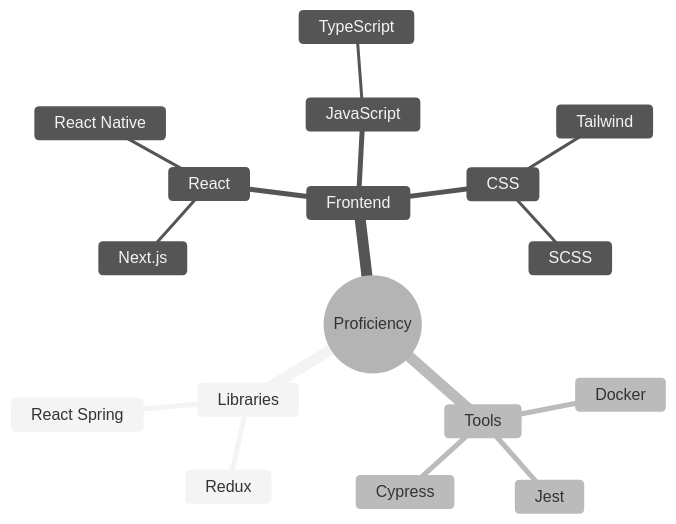
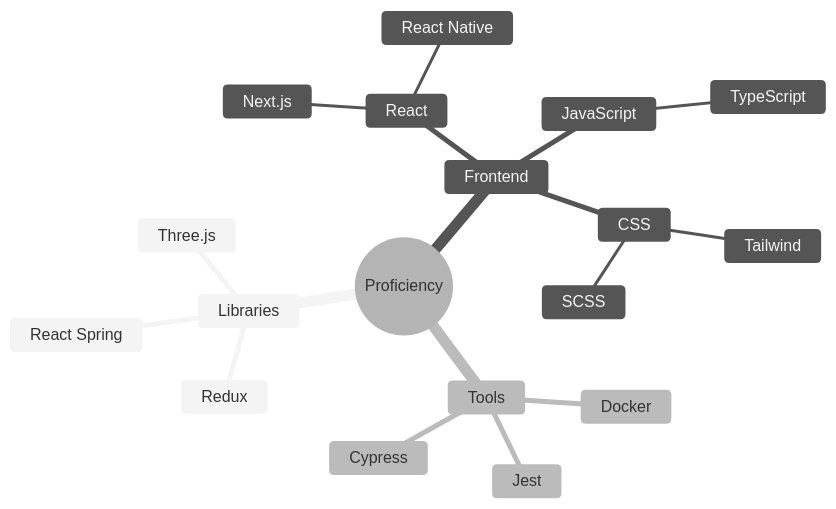
The diagram in README.md (geoffrey-tan/geoffrey-tan), drawn with Mermaid (neutral theme) before and after one commit.

````diff
--- a/README.md
+++ b/README.md
@@ -17,20 +17,21 @@
 ```mermaid
 mindmap
   root((Proficiency))
     Libraries
       Redux
       React Spring
+      Three.js
     Frontend
       React
         Next.js
         React Native
       JavaScript
         TypeScript
       CSS
         Tailwind
         SCSS
     Tools
       Docker
       Jest
       Cypress
 ```
````
